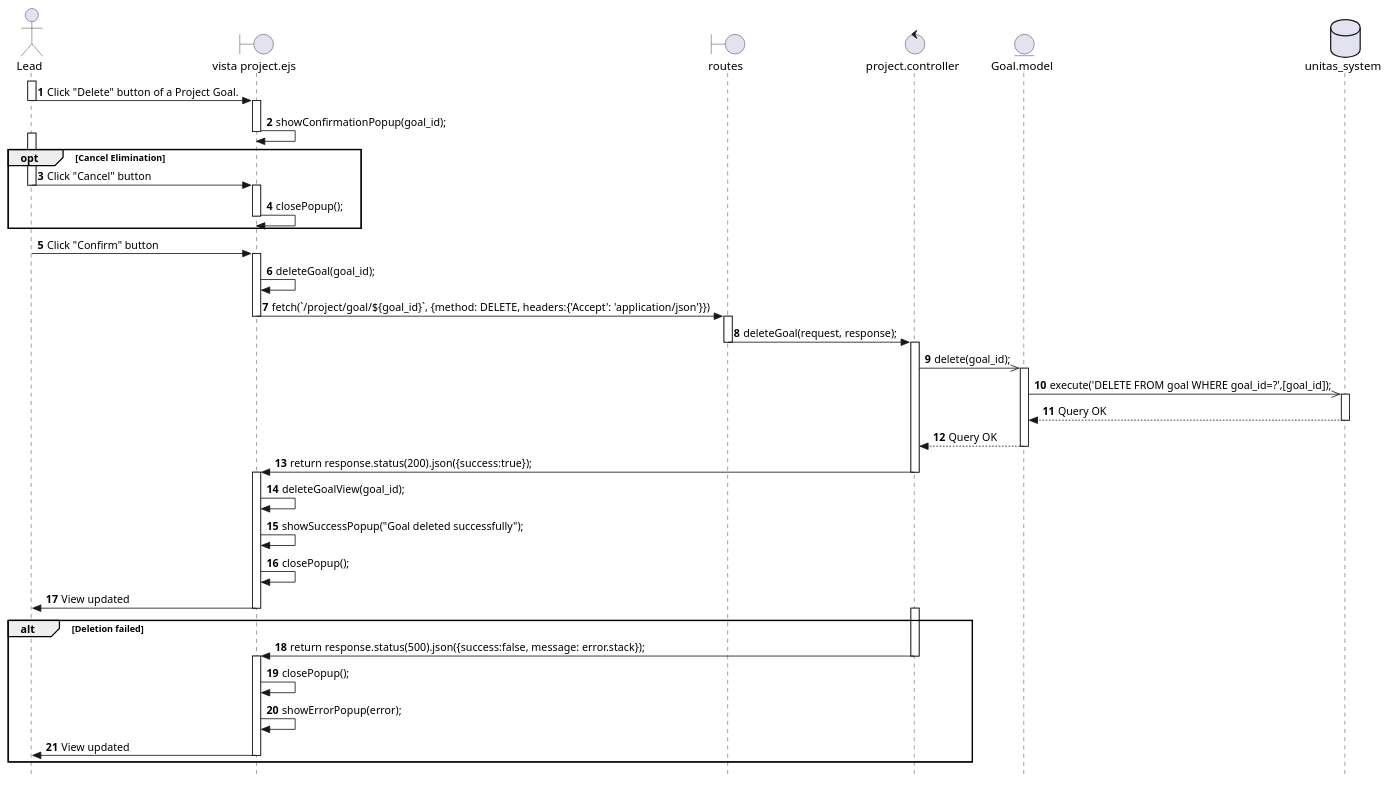
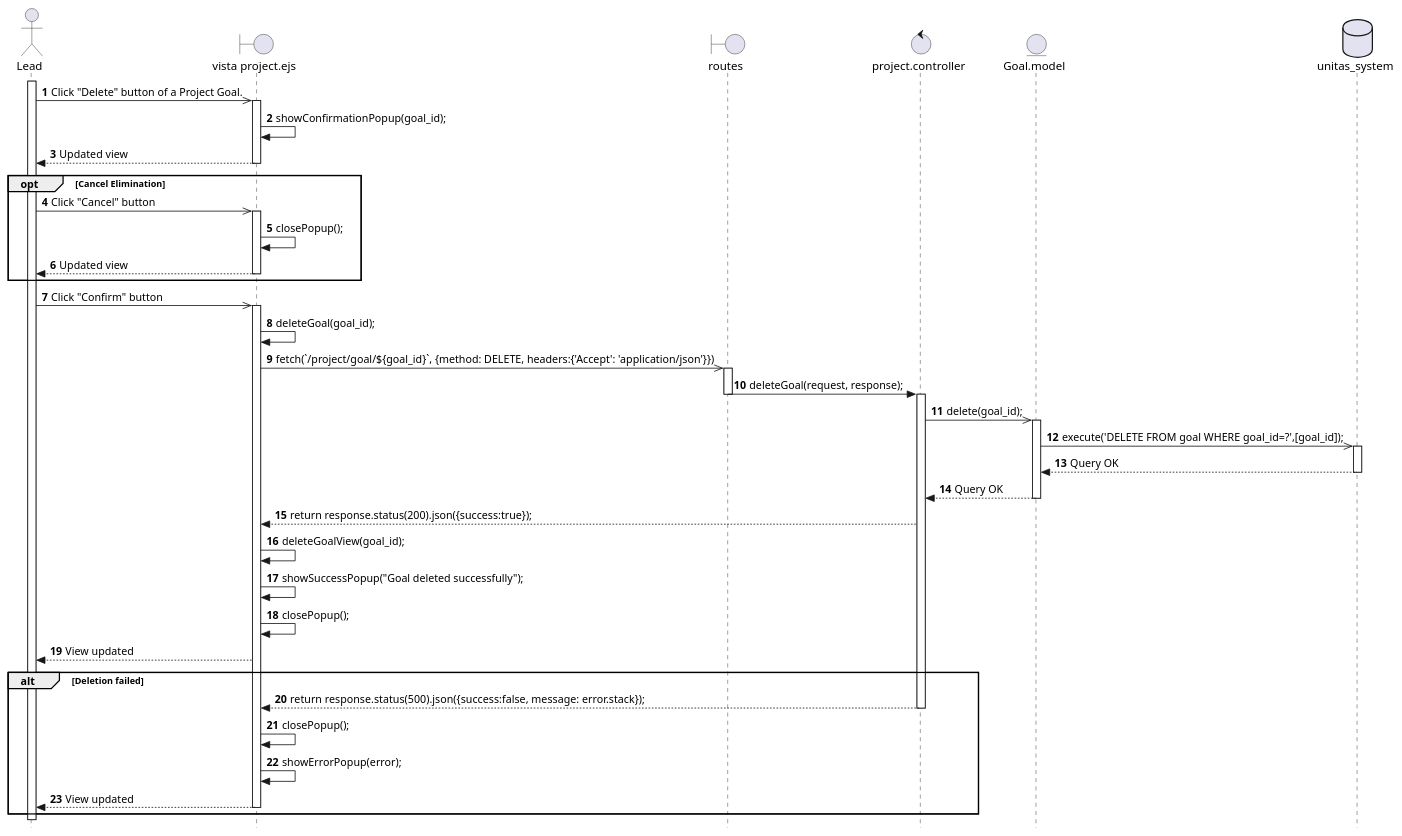
One commit to Berthou05/LimboSoftwareDevelopment_Change.org changed the diagram in documentation/sequence_diagrams/PROJ-11-SD.puml. Above: the diagram before and after it, drawn with PlantUML. The commit also changed 17 other files, not shown here.

Commit message:
[DOCS]: Update of the Sequence Diagrams ADMIN-02, 03, 04, AUTH-01, EMP-01, EMP-05, HS-01, PROJ-02, 03, 07, 09, 10, 11, 13, TEAM-03, 05, 06

```diff
--- a/documentation/sequence_diagrams/PROJ-11-SD.puml
+++ b/documentation/sequence_diagrams/PROJ-11-SD.puml
@@ -1,72 +1,63 @@
 @startuml
 skinparam style strictuml
 
 actor Lead as L
 boundary "vista project.ejs" as V
 boundary "routes" as RO
 control "project.controller" as C
 entity "Goal.model" as G
 database "unitas_system" as BD
 autonumber
 
 activate L
-L -> V:Click "Delete" button of a Project Goal.
-deactivate L
+L ->> V:Click "Delete" button of a Project Goal.
     activate V
     V -> V: showConfirmationPopup(goal_id);
+    V-->L:Updated view
     deactivate V
 
 
 opt Cancel Elimination
-activate L
-L -> V: Click "Cancel" button
-deactivate L
+L ->> V: Click "Cancel" button
     activate V
     V -> V: closePopup();
+    V-->L:Updated view
     deactivate V
 end
 
-activate L
-L -> V: Click "Confirm" button
-deactivate L
+L ->> V: Click "Confirm" button
     activate V
     V -> V: deleteGoal(goal_id);
-    V -> RO: fetch(`/project/goal/${goal_id}`, {method: DELETE, headers:{'Accept': 'application/json'}})
-    deactivate V
+    V ->> RO: fetch(`/project/goal/${goal_id}`, {method: DELETE, headers:{'Accept': 'application/json'}})
         activate RO
             RO -> C: deleteGoal(request, response);
         deactivate RO
             activate C
             C ->> G: delete(goal_id);
                 activate G
                 G->>BD: execute('DELETE FROM goal WHERE goal_id=?',[goal_id]);
                     activate BD
                     BD-->G: Query OK
                     deactivate BD
                 G-->C: Query OK
                 deactivate G
-                C->V: return response.status(200).json({success:true});
-            deactivate C
-    activate V
+                C-->V: return response.status(200).json({success:true});
     V->V: deleteGoalView(goal_id);
     V->V: showSuccessPopup("Goal deleted successfully");
     V->V: closePopup();
-    V->L: View updated
-    deactivate V
+    V-->L: View updated
 
     alt Deletion failed
-            activate C
-                C->V: return response.status(500).json({success:false, message: error.stack});        
+                C-->V: return response.status(500).json({success:false, message: error.stack});        
             deactivate C
-    activate V
     V->V: closePopup();
     V->V: showErrorPopup(error);    
-    V->L: View updated
+    V-->L: View updated
     deactivate V
     end
-    
+deactivate L
 
 
 
 
 @enduml
```
